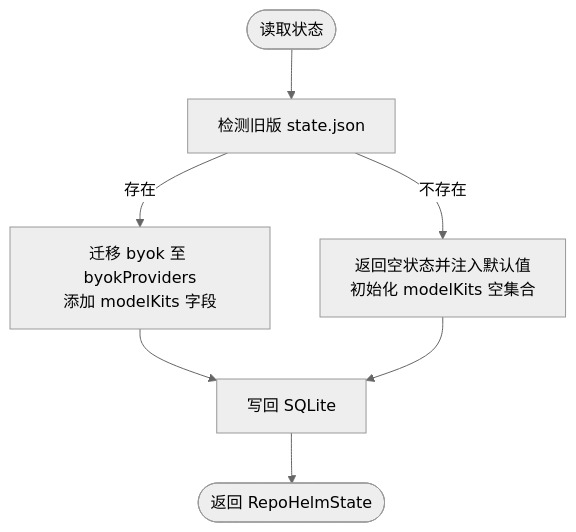
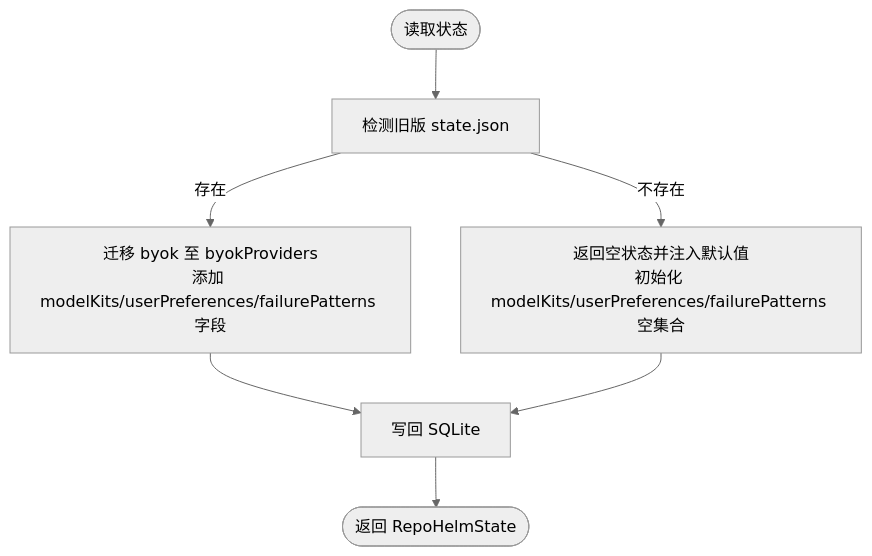
Before and after one commit to coconilu/RepoHelm: the fourth of 7 diagrams in .qoder/repowiki/zh/content/数据模型和类型系统/数据模型和类型系统.md, drawn with Mermaid (neutral theme). The commit also changed other lines of this file and 12 other files, not shown here.

````diff
--- a/.qoder/repowiki/zh/content/数据模型和类型系统/数据模型和类型系统.md
+++ b/.qoder/repowiki/zh/content/数据模型和类型系统/数据模型和类型系统.md
@@ -421,9 +480,9 @@
 ```mermaid
 flowchart TD
 Start(["读取状态"]) --> CheckLegacy["检测旧版 state.json"]
-CheckLegacy --> |存在| Migrate["迁移 byok 至 byokProviders<br/>添加 modelKits 字段"]
-CheckLegacy --> |不存在| Empty["返回空状态并注入默认值<br/>初始化 modelKits 空集合"]
+CheckLegacy --> |存在| Migrate["迁移 byok 至 byokProviders<br/>添加 modelKits/userPreferences/failurePatterns 字段"]
+CheckLegacy --> |不存在| Empty["返回空状态并注入默认值<br/>初始化 modelKits/userPreferences/failurePatterns 空集合"]
 Migrate --> WriteBack["写回 SQLite"]
 Empty --> WriteBack
 WriteBack --> End(["返回 RepoHelmState"])
 ```
````
